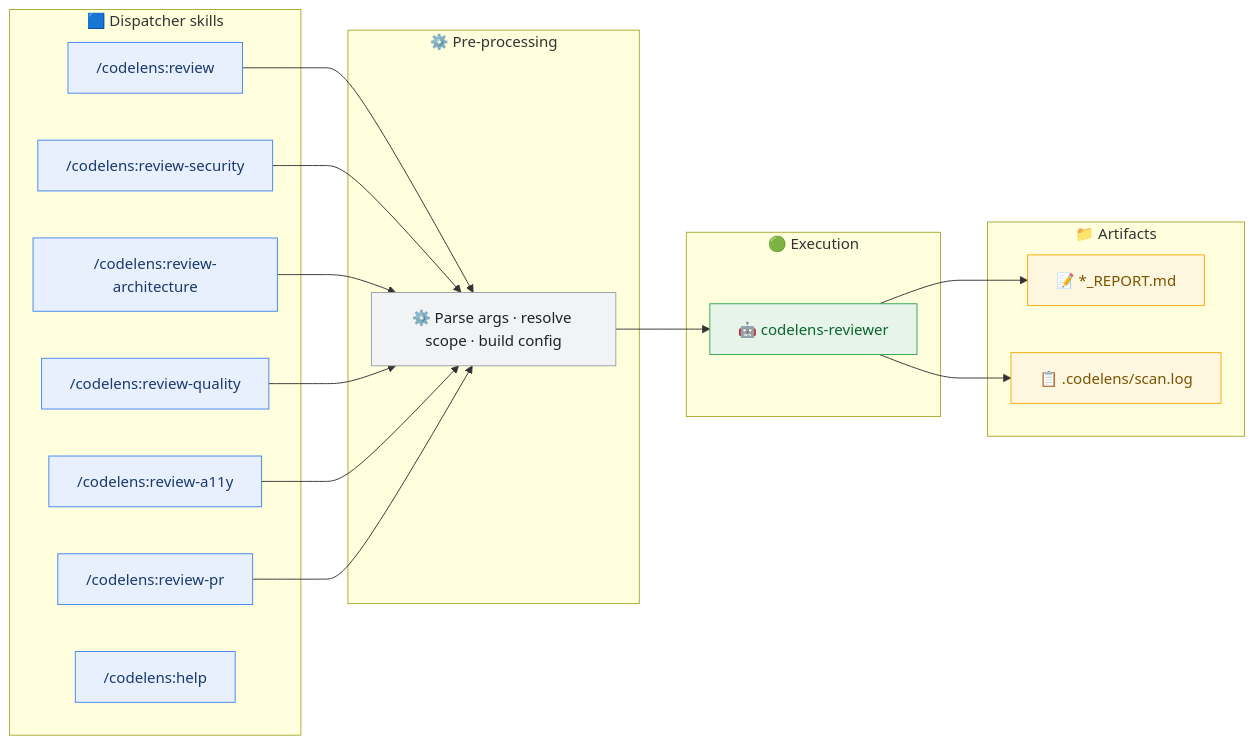
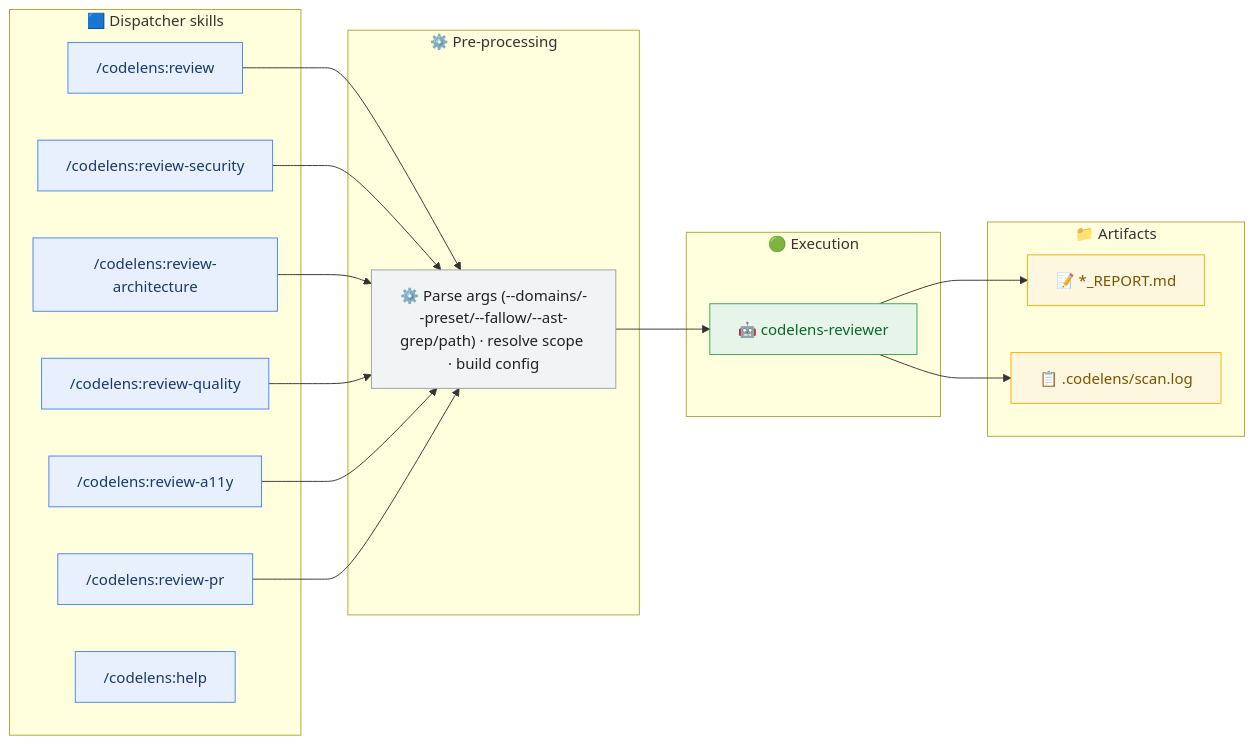
Before and after one commit to nurmdrafi/codelens: the first of 2 diagrams in docs/pipeline-diagram.md, drawn with Mermaid. The commit also changed other lines of this file and 11 other files, not shown here.

````diff
--- a/docs/pipeline-diagram.md
+++ b/docs/pipeline-diagram.md
@@ -15,40 +15,40 @@
 ```mermaid
 flowchart LR
     classDef dispatch fill:#e8f0fe,stroke:#4285f4,color:#1a3a6b
     classDef preprocess fill:#f1f3f4,stroke:#9aa0a6,color:#202124
     classDef agent fill:#e6f4ea,stroke:#34a853,color:#0d652d
     classDef output fill:#fef7e0,stroke:#f9ab00,color:#7a5400
 
     subgraph S1["🟦 Dispatcher skills"]
         R["/codelens:review"]:::dispatch
         RS["/codelens:review-security"]:::dispatch
         RA["/codelens:review-architecture"]:::dispatch
         RQ["/codelens:review-quality"]:::dispatch
         RX["/codelens:review-a11y"]:::dispatch
         RP["/codelens:review-pr"]:::dispatch
         H["/codelens:help"]:::dispatch
     end
 
     subgraph S2["⚙️ Pre-processing"]
-        P["⚙️ Parse args · resolve scope · build config"]:::preprocess
+        P["⚙️ Parse args (--domains/--preset/--fallow/--ast-grep/path) · resolve scope · build config"]:::preprocess
     end
 
     subgraph S3["🟢 Execution"]
         A["🤖 codelens-reviewer"]:::agent
     end
 
     subgraph S4["📁 Artifacts"]
         O1["📝 *_REPORT.md"]:::output
         O2["📋 .codelens/scan.log"]:::output
     end
 
     R --> P
     RS --> P
     RA --> P
     RQ --> P
     RX --> P
     RP --> P
     P --> A
     A --> O1
     A --> O2
 ```
````
